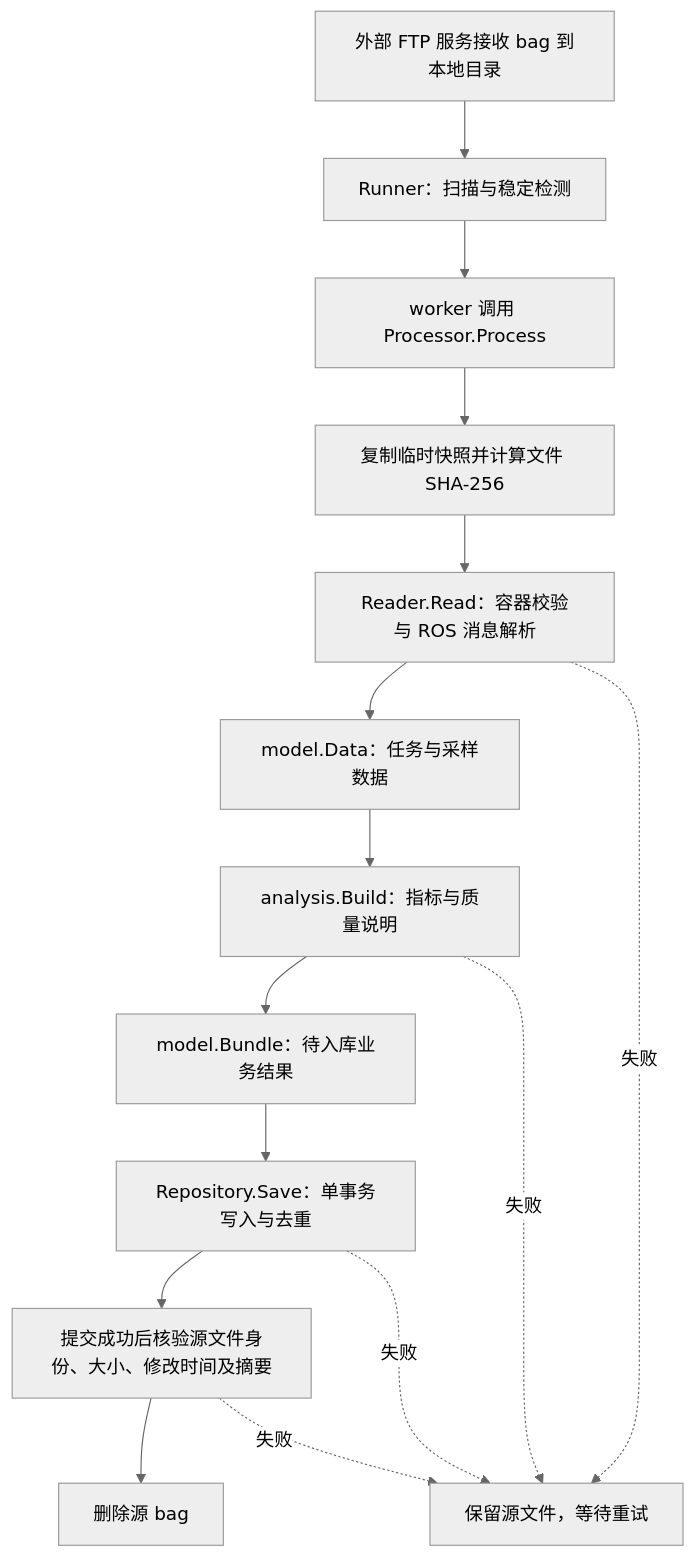
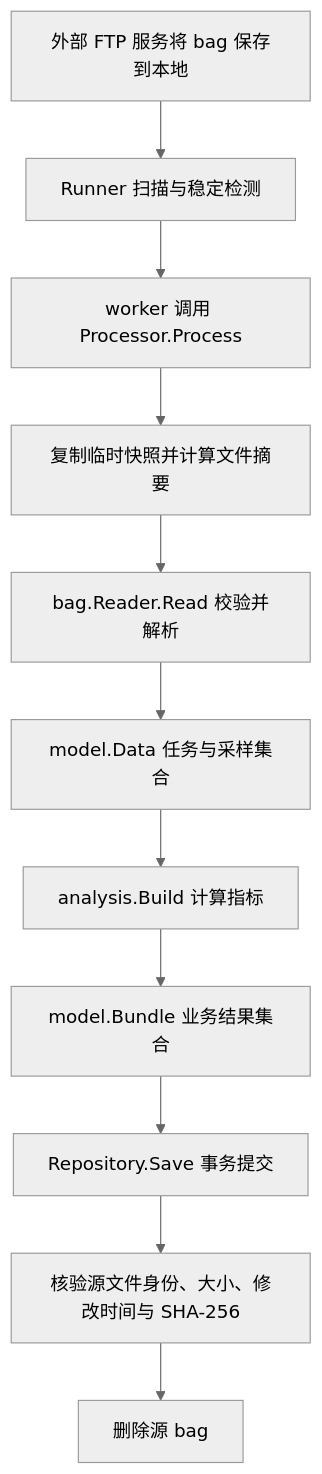
The diagram in docs/architecture.md (axqnb/health-bag-server), drawn with Mermaid (neutral theme) before and after one commit. The commit also changed other lines of this file and 18 other files, not shown here.

````diff
--- a/docs/architecture.md
+++ b/docs/architecture.md
@@ -66,17 +63,13 @@
 ```mermaid
 flowchart TD
-    A[外部 FTP 服务接收 bag 到本地目录] --> B[Runner：扫描与稳定检测]
+    A[外部 FTP 服务将 bag 保存到本地] --> B[Runner 扫描与稳定检测]
     B --> C[worker 调用 Processor.Process]
-    C --> D[复制临时快照并计算文件 SHA-256]
-    D --> E[Reader.Read：容器校验与 ROS 消息解析]
-    E --> F[model.Data：任务与采样数据]
-    F --> G[analysis.Build：指标与质量说明]
-    G --> H[model.Bundle：待入库业务结果]
-    H --> I[Repository.Save：单事务写入与去重]
-    I --> J[提交成功后核验源文件身份、大小、修改时间及摘要]
+    C --> D[复制临时快照并计算文件摘要]
+    D --> E[bag.Reader.Read 校验并解析]
+    E --> F[model.Data 任务与采样集合]
+    F --> G[analysis.Build 计算指标]
+    G --> H[model.Bundle 业务结果集合]
+    H --> I[Repository.Save 事务提交]
+    I --> J[核验源文件身份、大小、修改时间与 SHA-256]
     J --> K[删除源 bag]
-    E -. 失败 .-> R[保留源文件，等待重试]
-    G -. 失败 .-> R
-    I -. 失败 .-> R
-    J -. 失败 .-> R
 ```
````
